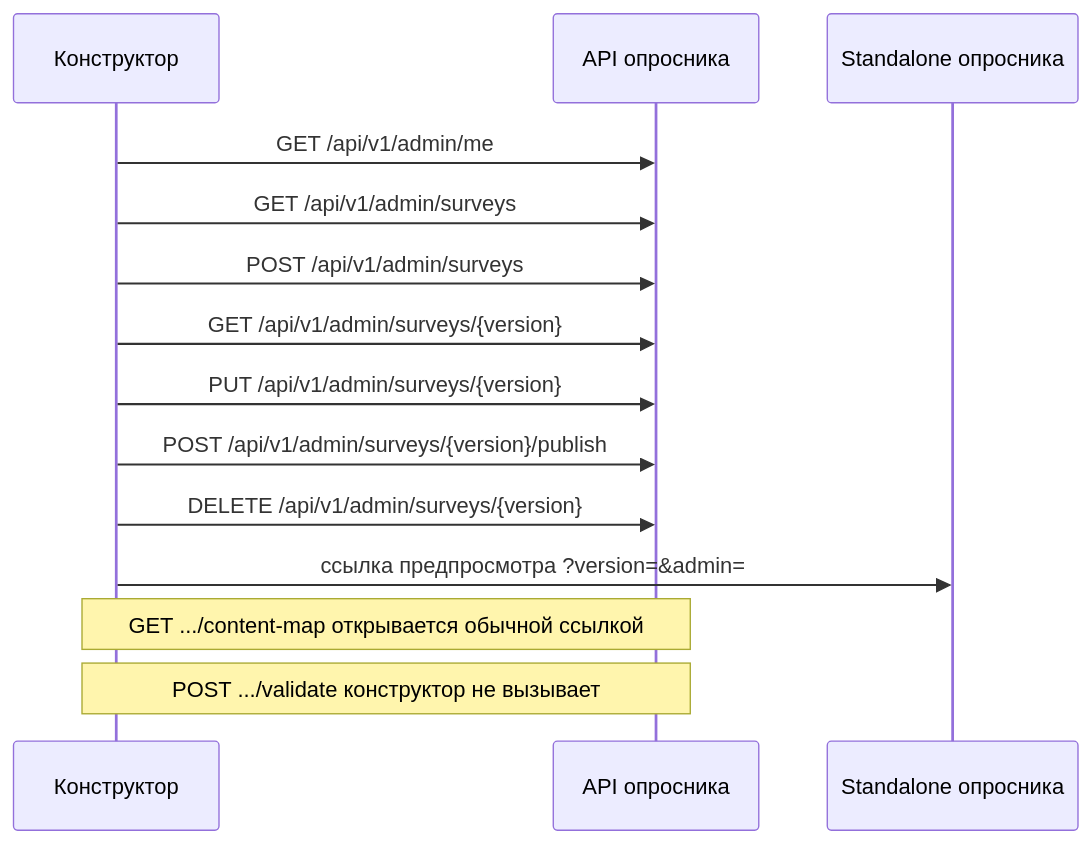
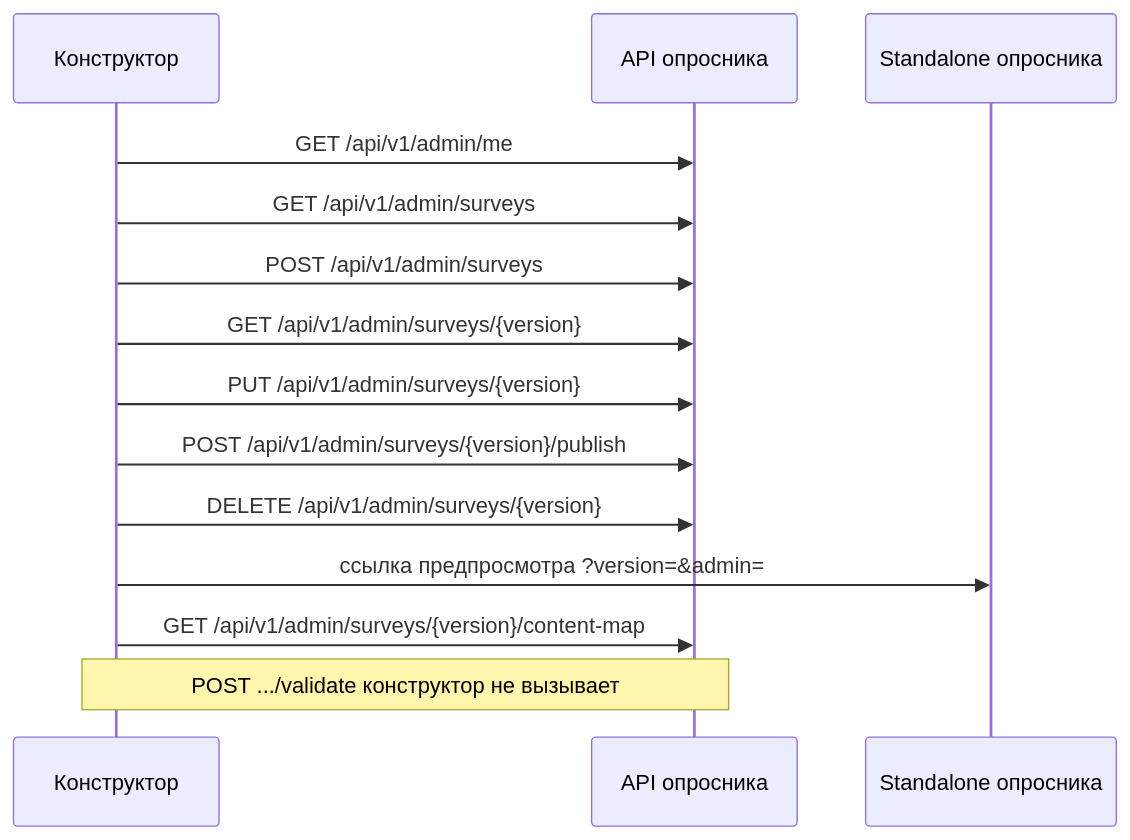
One commit to pomazkoff/idb-beauty-passport changed the fourth of 4 diagrams in docs/API.md. Above: the diagram before and after it, drawn with Mermaid. The commit also changed other lines of this file and 7 other files, not shown here.

````diff
--- a/docs/API.md
+++ b/docs/API.md
@@ -209,17 +209,17 @@
 ```mermaid
 sequenceDiagram
   participant A as Конструктор
   participant API as API опросника
   participant W as Standalone опросника
 
   A->>API: GET /api/v1/admin/me
   A->>API: GET /api/v1/admin/surveys
   A->>API: POST /api/v1/admin/surveys
   A->>API: GET /api/v1/admin/surveys/{version}
   A->>API: PUT /api/v1/admin/surveys/{version}
   A->>API: POST /api/v1/admin/surveys/{version}/publish
   A->>API: DELETE /api/v1/admin/surveys/{version}
   A->>W: ссылка предпросмотра ?version=&admin=
-  Note over A,API: GET .../content-map открывается обычной ссылкой
+  A->>API: GET /api/v1/admin/surveys/{version}/content-map
   Note over A,API: POST .../validate конструктор не вызывает
 ```
````
